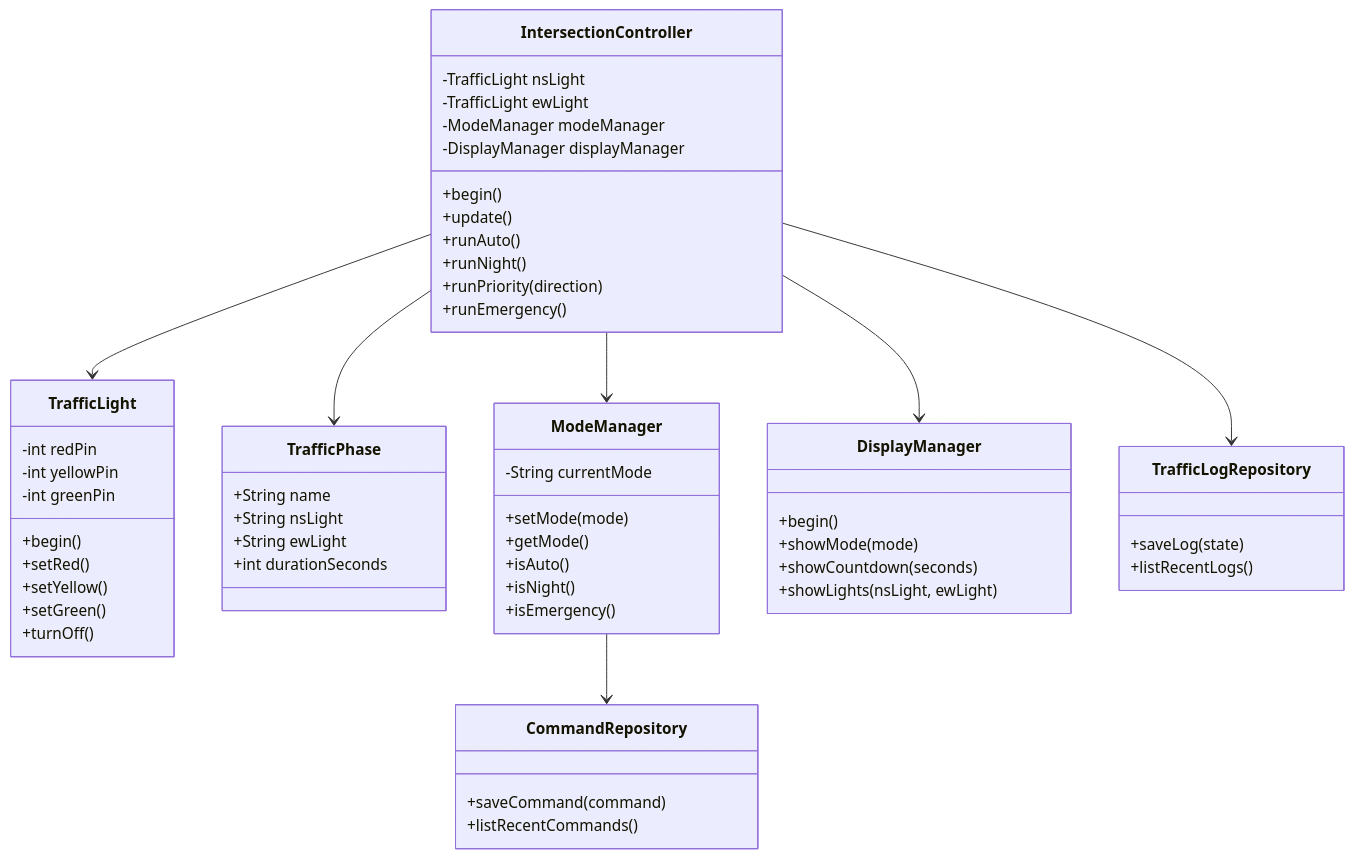
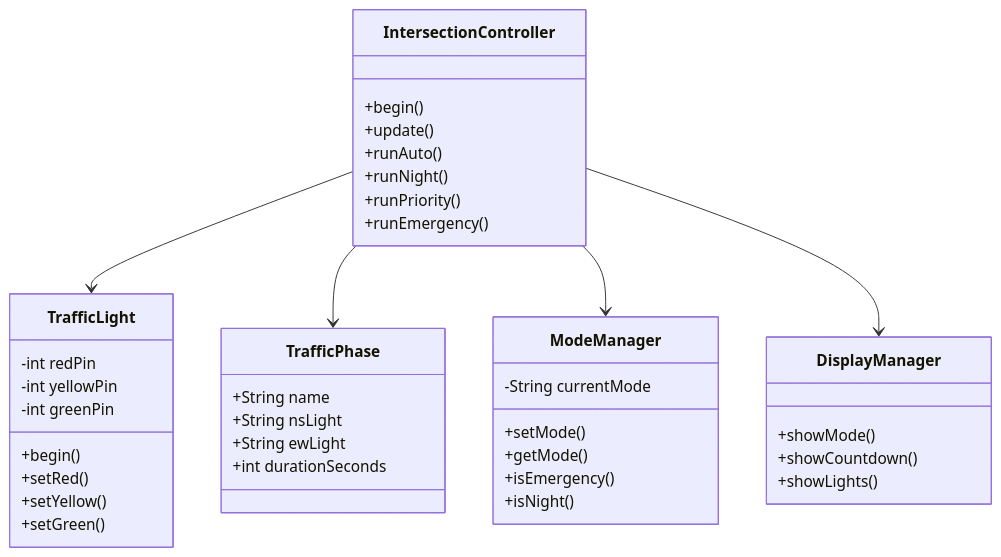
One commit to xuanhai0913/iot-traffic-light-wokwi changed the fourth of 7 diagrams in 09_so_do_thiet_ke.md. Above: the diagram before and after it, drawn with Mermaid. The commit also changed other lines of this file and 3 other files, not shown here.

````diff
--- a/09_so_do_thiet_ke.md
+++ b/09_so_do_thiet_ke.md
@@ -146,66 +367,93 @@
 ```mermaid
 classDiagram
-    class TrafficLight {
-        -int redPin
-        -int yellowPin
-        -int greenPin
-        +begin()
-        +setRed()
-        +setYellow()
-        +setGreen()
-        +turnOff()
-    }
 
-    class TrafficPhase {
-        +String name
-        +String nsLight
-        +String ewLight
-        +int durationSeconds
-    }
 
-    class ModeManager {
-        -String currentMode
-        +setMode(mode)
-        +getMode()
-        +isAuto()
-        +isNight()
-        +isEmergency()
-    }
+class TrafficLight {
 
-    class DisplayManager {
-        +begin()
-        +showMode(mode)
-        +showCountdown(seconds)
-        +showLights(nsLight, ewLight)
-    }
+-int redPin
 
-    class IntersectionController {
-        -TrafficLight nsLight
-        -TrafficLight ewLight
-        -ModeManager modeManager
-        -DisplayManager displayManager
-        +begin()
-        +update()
-        +runAuto()
-        +runNight()
-        +runPriority(direction)
-        +runEmergency()
-    }
+-int yellowPin
 
-    class CommandRepository {
-        +saveCommand(command)
-        +listRecentCommands()
-    }
+-int greenPin
 
-    class TrafficLogRepository {
-        +saveLog(state)
-        +listRecentLogs()
-    }
++begin()
 
-    IntersectionController --> TrafficLight
-    IntersectionController --> TrafficPhase
-    IntersectionController --> ModeManager
-    IntersectionController --> DisplayManager
-    ModeManager --> CommandRepository
-    IntersectionController --> TrafficLogRepository
++setRed()
+
++setYellow()
+
++setGreen()
+
+}
+
+
+
+class TrafficPhase {
+
++String name
+
++String nsLight
+
++String ewLight
+
++int durationSeconds
+
+}
+
+
+
+class ModeManager {
+
+-String currentMode
+
++setMode()
+
++getMode()
+
++isEmergency()
+
++isNight()
+
+}
+
+
+
+class DisplayManager {
+
++showMode()
+
++showCountdown()
+
++showLights()
+
+}
+
+
+
+class IntersectionController {
+
++begin()
+
++update()
+
++runAuto()
+
++runNight()
+
++runPriority()
+
++runEmergency()
+
+}
+
+
+
+IntersectionController --> TrafficLight
+
+IntersectionController --> TrafficPhase
+
+IntersectionController --> ModeManager
+
+IntersectionController --> DisplayManager
+
 ```
````
